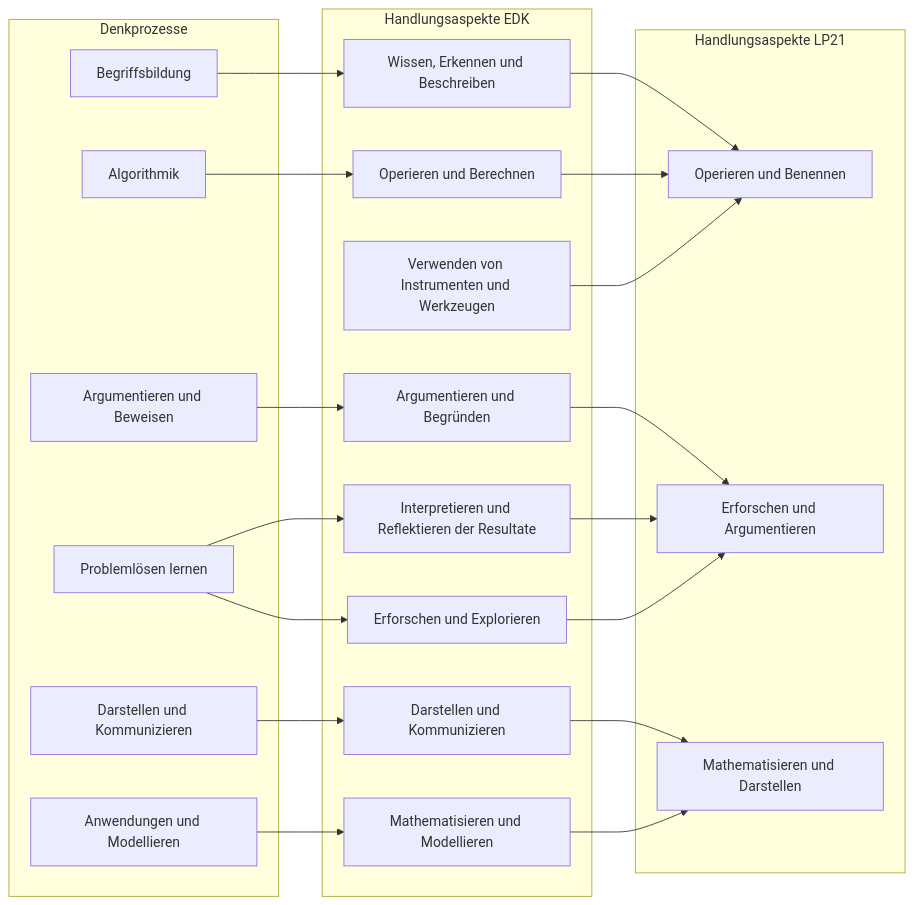
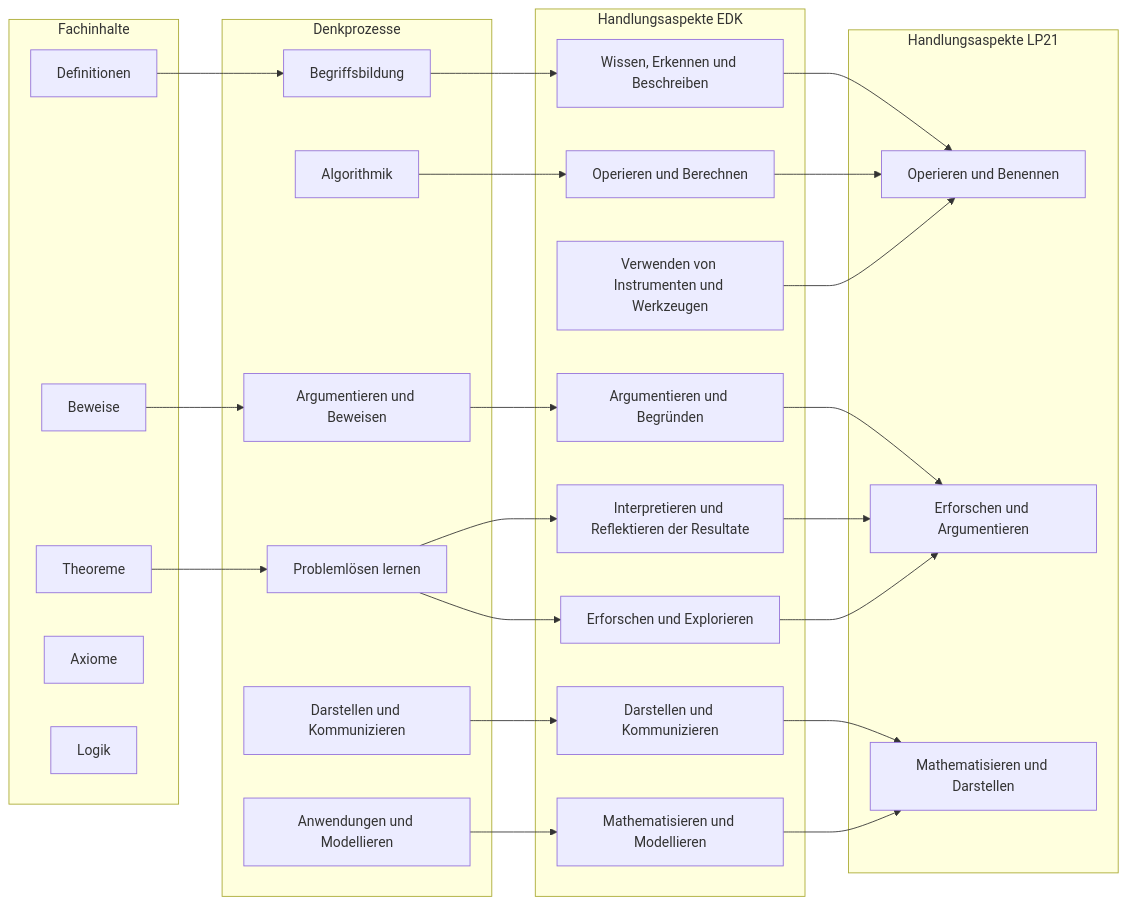
One commit to PHBern-RConrardy/lerngelegenheiten changed the second of 2 diagrams in lerngelegenheiten/LG_math_summative_praes/woche_03.qmd. Above: the diagram before and after it, drawn with Mermaid. The commit also changed other lines of this file and 26 other files, not shown here.

Commit message:
Graphiken besser

````diff
--- a/lerngelegenheiten/LG_math_summative_praes/woche_03.qmd
+++ b/lerngelegenheiten/LG_math_summative_praes/woche_03.qmd
@@ -136,57 +138,73 @@
 ```{mermaid}
+%%| mermaid-format: png
+
 graph LR;
+m1[Theoreme];
+m2[Definitionen];
+m3[Beweise];
+m4[Axiome];
+m5[Logik];
+
 b1[Begriffsbildung];
 b2[Problemlösen lernen];
 b3[Algorithmik];
 b4[Argumentieren und Beweisen];
 b5[Anwendungen und Modellieren];
 b6[Darstellen und Kommunizieren];
 
 h1[Operieren und Benennen];
 h2[Erforschen und Argumentieren];
 h3[Mathematisieren und Darstellen];
 
 edk1[Wissen, Erkennen und Beschreiben];
 edk2[Operieren und Berechnen];
 edk3[Verwenden von Instrumenten und Werkzeugen];
 edk4[Darstellen und Kommunizieren];
 edk5[Mathematisieren und Modellieren];
 edk6[Argumentieren und Begründen];
 edk7[Interpretieren und Reflektieren der Resultate];
 edk8[Erforschen und Explorieren];
 
-b1-->edk1-->h1;
+m2-->b1-->edk1-->h1;
 b6-->edk4-->h3;
-b4-->edk6-->h2;
+m3-->b4-->edk6-->h2;
 b3-->edk2-->h1;
-b2-->edk7-->h2;
+m1-->b2-->edk7-->h2;
 b5-->edk5-->h3;
 edk8-->h2;
 edk3-->h1;
 b2-->edk8;
+
+subgraph Fachinhalte
+  m1;
+  m2;
+  m3;
+  m4;
+  m5;
+end
 
 subgraph Denkprozesse
   b1;
   b2;
   b3;
   b4;
   b5;
   b6;
 end
 subgraph Handlungsaspekte EDK
   edk1;
   edk2;
   edk3;
   edk4;
   edk5;
   edk6;
   edk7;
   edk8;
 end
 subgraph Handlungsaspekte LP21
   h1;
   h2;
   h3;
 end
 
 ```
````
